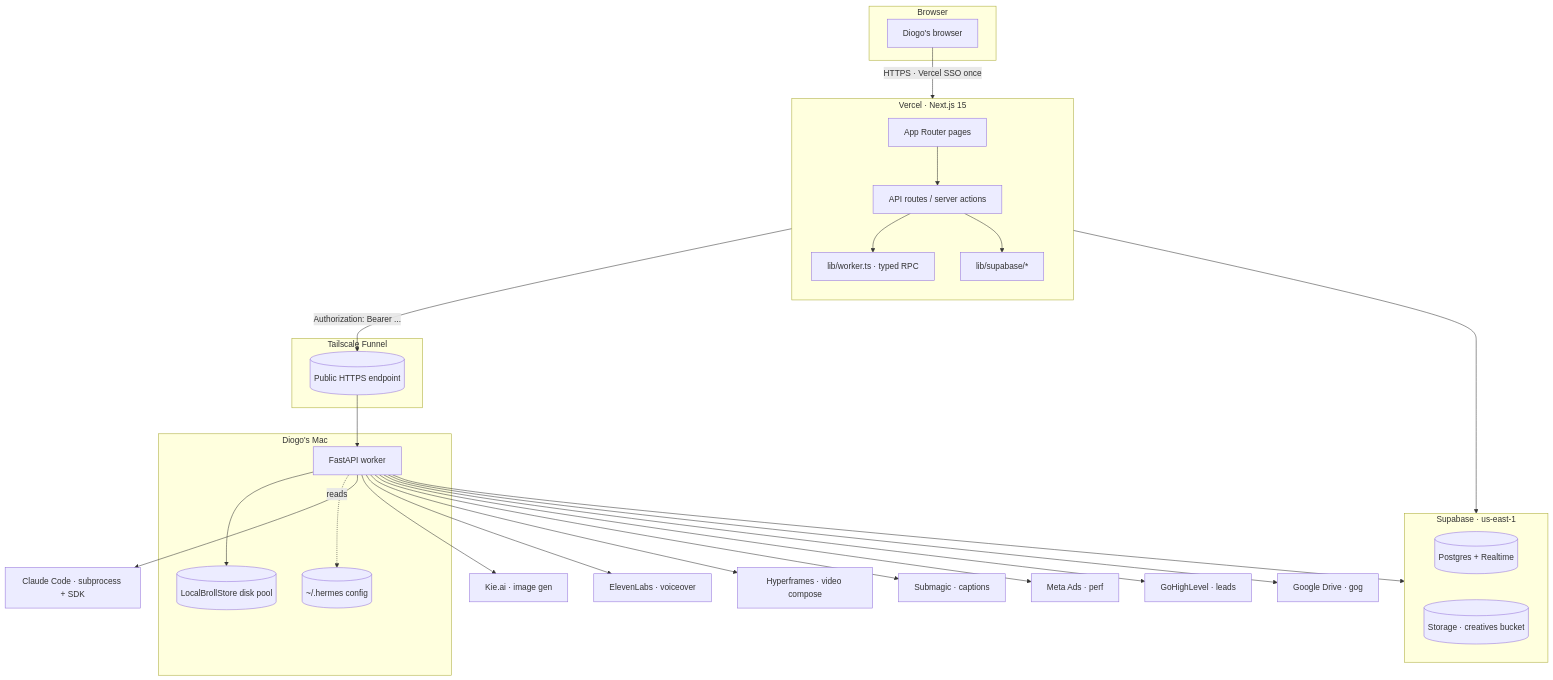
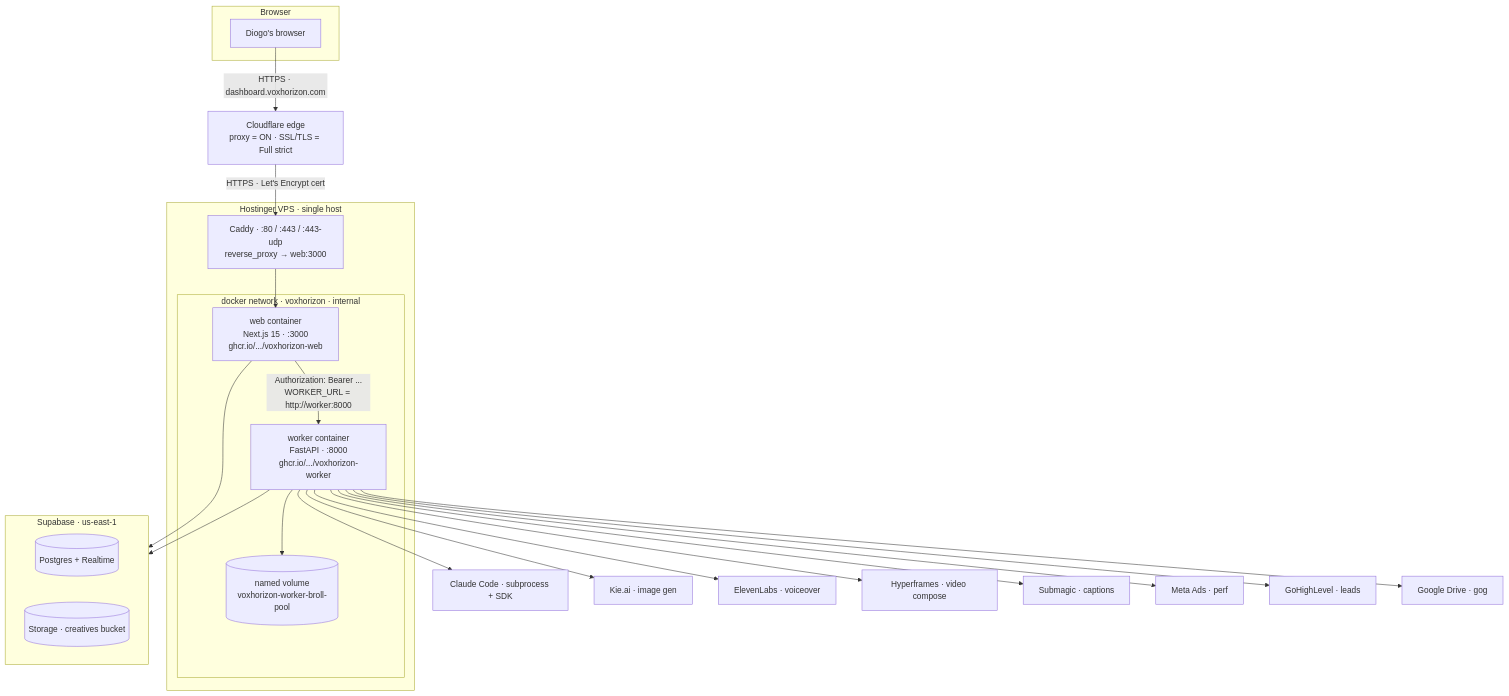
One commit to MoggingLabs/Diogo-Silva-VoxHorizon-Marketing-Control-Panel changed the diagram in ARCHITECTURE.md. Above: the diagram before and after it, drawn with Mermaid. The commit also changed other lines of this file, not shown here.

First line of the commit message:
docs(infra): single-host topology in ARCHITECTURE.md

````diff
--- a/ARCHITECTURE.md
+++ b/ARCHITECTURE.md
@@ -104,51 +102,38 @@
 ```mermaid
 flowchart TD
   subgraph Browser
     UI[Diogo's browser]
   end
 
-  UI -->|HTTPS · Vercel SSO once| Vercel
+  UI -->|HTTPS · dashboard.voxhorizon.com| CF[Cloudflare edge<br/>proxy = ON · SSL/TLS = Full strict]
+  CF -->|HTTPS · Let's Encrypt cert| Caddy
 
-  subgraph Vercel[Vercel · Next.js 15]
-    direction TB
-    Pages[App Router pages]
-    API[API routes / server actions]
-    LibWorker[lib/worker.ts · typed RPC]
-    LibSupa[lib/supabase/*]
-    Pages --> API
-    API --> LibWorker
-    API --> LibSupa
+  subgraph VPS[Hostinger VPS · single host]
+    Caddy[Caddy · :80 / :443 / :443-udp<br/>reverse_proxy → web:3000]
+    subgraph DockerNet[docker network · voxhorizon · internal]
+      Web[web container<br/>Next.js 15 · :3000<br/>ghcr.io/.../voxhorizon-web]
+      Worker[worker container<br/>FastAPI · :8000<br/>ghcr.io/.../voxhorizon-worker]
+      Pool[(named volume<br/>voxhorizon-worker-broll-pool)]
+    end
+    Caddy --> Web
+    Web -->|Authorization: Bearer ...<br/>WORKER_URL = http://worker:8000| Worker
+    Worker --> Pool
   end
 
   subgraph Supabase[Supabase · us-east-1]
     PG[(Postgres + Realtime)]
     Storage[(Storage · creatives bucket)]
   end
 
-  subgraph TS[Tailscale Funnel]
-    Funnel[(Public HTTPS endpoint)]
-  end
-
-  subgraph Mac[Diogo's Mac]
-    Worker[FastAPI worker]
-    Pool[(LocalBrollStore disk pool)]
-    HermesCfg[(~/.hermes config)]
-  end
-
-  Vercel --> Supabase
-  LibWorker -->|Authorization: Bearer ...| Funnel
-  Funnel --> Worker
-
+  Web --> Supabase
   Worker --> Supabase
-  Worker --> Pool
-  Worker -.reads.-> HermesCfg
 
   Worker --> Claude[Claude Code · subprocess + SDK]
   Worker --> Kie[Kie.ai · image gen]
   Worker --> EL[ElevenLabs · voiceover]
   Worker --> Hyper[Hyperframes · video compose]
   Worker --> Sub[Submagic · captions]
   Worker --> Meta[Meta Ads · perf]
   Worker --> GHL[GoHighLevel · leads]
   Worker --> Drive[Google Drive · gog]
 ```
````
